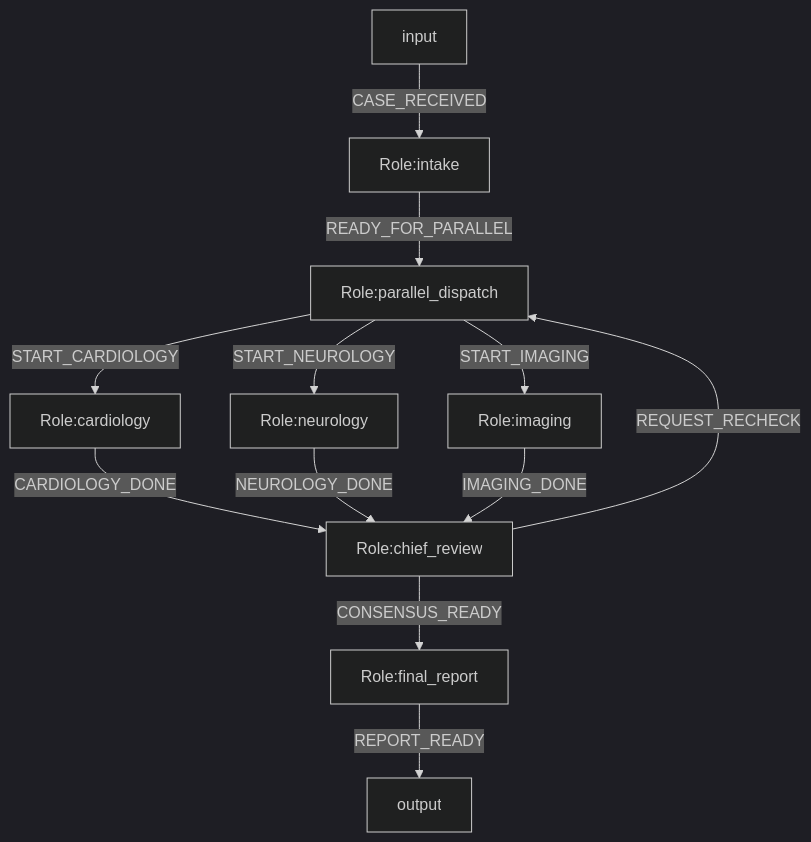
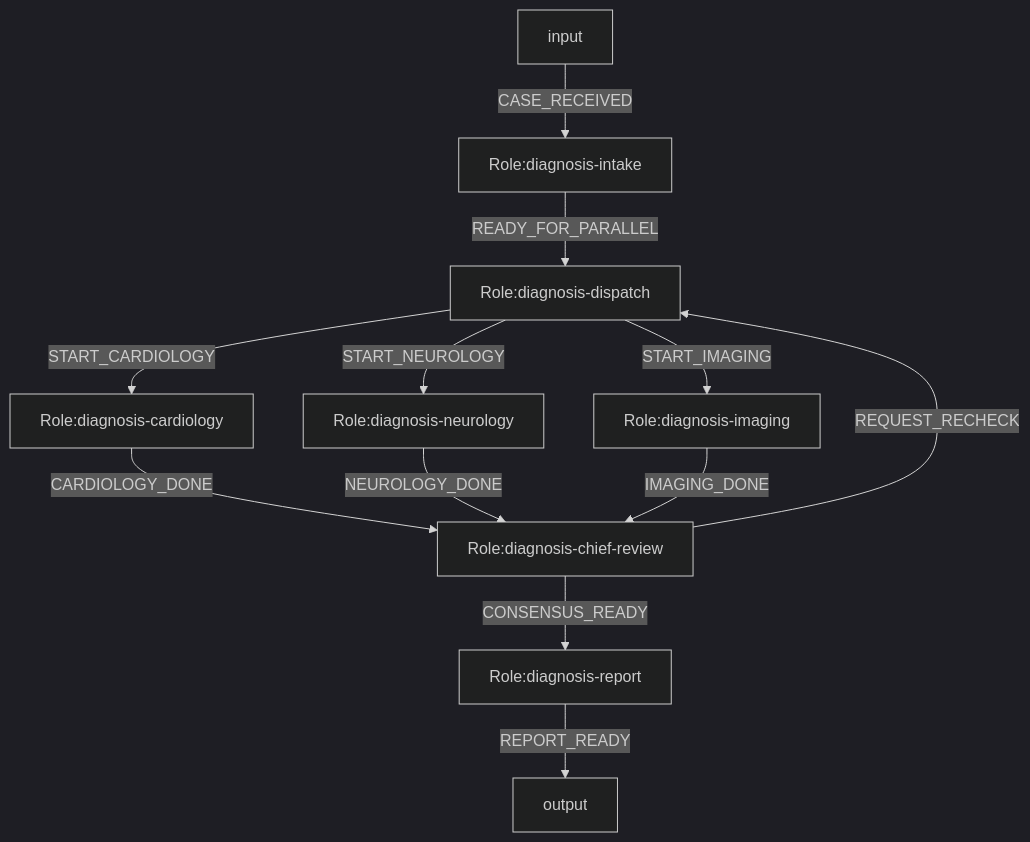
Before and after one commit to Fredericzhou/ogsystem: the first of 2 diagrams in docs/langgraph-engine-example-systems.md, drawn with Mermaid (dark theme). The commit also changed other lines of this file and 78 other files, not shown here.

````diff
--- a/docs/langgraph-engine-example-systems.md
+++ b/docs/langgraph-engine-example-systems.md
@@ -51,34 +51,34 @@
 ```mermaid
 flowchart TD
 %% engine=langgraph
 %% system.id=medical.expert.consultation
 %% system.version=1.0.0
 %% law.global=law.medical.consultation.base
-%% entry.role=intake
-%% role.mode=parallel_dispatch
-%% join.mode=all_of
-%% join.sources=cardiology,neurology,imaging
-%% loop.max=2
-%% exec.bind.intake=profile.intake.codex
-%% exec.bind.parallel_dispatch=profile.dispatch.codex
-%% exec.bind.cardiology=profile.cardiology.claude
-%% exec.bind.neurology=profile.neurology.gemini
-%% exec.bind.imaging=profile.imaging.python
-%% exec.bind.chief_review=profile.chief.codex
-%% exec.bind.final_report=profile.report.codex
+%% entry.role=diagnosis-intake
+%% role.mode.diagnosis-dispatch=parallel_split
+%% join.mode.diagnosis-chief-review=all_of
+%% join.sources.diagnosis-chief-review=diagnosis-cardiology,diagnosis-neurology,diagnosis-imaging
+%% loop.max.diagnosis-dispatch=2
+%% exec.bind.diagnosis-intake=profile.intake.codex
+%% exec.bind.diagnosis-dispatch=profile.dispatch.codex
+%% exec.bind.diagnosis-cardiology=profile.cardiology.claude
+%% exec.bind.diagnosis-neurology=profile.neurology.gemini
+%% exec.bind.diagnosis-imaging=profile.imaging.python
+%% exec.bind.diagnosis-chief-review=profile.chief.codex
+%% exec.bind.diagnosis-report=profile.report.codex
 
-input -->|CASE_RECEIVED| intake[Role:intake]
-intake[Role:intake] -->|READY_FOR_PARALLEL| parallel_dispatch[Role:parallel_dispatch]
+input -->|CASE_RECEIVED| intake[Role:diagnosis-intake]
+intake[Role:diagnosis-intake] -->|READY_FOR_PARALLEL| parallel_dispatch[Role:diagnosis-dispatch]
 
-parallel_dispatch[Role:parallel_dispatch] -->|START_CARDIOLOGY| cardiology[Role:cardiology]
-parallel_dispatch[Role:parallel_dispatch] -->|START_NEUROLOGY| neurology[Role:neurology]
-parallel_dispatch[Role:parallel_dispatch] -->|START_IMAGING| imaging[Role:imaging]
+parallel_dispatch[Role:diagnosis-dispatch] -->|START_CARDIOLOGY| cardiology[Role:diagnosis-cardiology]
+parallel_dispatch[Role:diagnosis-dispatch] -->|START_NEUROLOGY| neurology[Role:diagnosis-neurology]
+parallel_dispatch[Role:diagnosis-dispatch] -->|START_IMAGING| imaging[Role:diagnosis-imaging]
 
-cardiology[Role:cardiology] -->|CARDIOLOGY_DONE| chief_review[Role:chief_review]
-neurology[Role:neurology] -->|NEUROLOGY_DONE| chief_review[Role:chief_review]
-imaging[Role:imaging] -->|IMAGING_DONE| chief_review[Role:chief_review]
+cardiology[Role:diagnosis-cardiology] -->|CARDIOLOGY_DONE| chief_review[Role:diagnosis-chief-review]
+neurology[Role:diagnosis-neurology] -->|NEUROLOGY_DONE| chief_review[Role:diagnosis-chief-review]
+imaging[Role:diagnosis-imaging] -->|IMAGING_DONE| chief_review[Role:diagnosis-chief-review]
 
-chief_review[Role:chief_review] -->|REQUEST_RECHECK| parallel_dispatch[Role:parallel_dispatch]
-chief_review[Role:chief_review] -->|CONSENSUS_READY| final_report[Role:final_report]
-final_report[Role:final_report] -->|REPORT_READY| output
+chief_review[Role:diagnosis-chief-review] -->|REQUEST_RECHECK| parallel_dispatch[Role:diagnosis-dispatch]
+chief_review[Role:diagnosis-chief-review] -->|CONSENSUS_READY| final_report[Role:diagnosis-report]
+final_report[Role:diagnosis-report] -->|REPORT_READY| output
 ```
````
